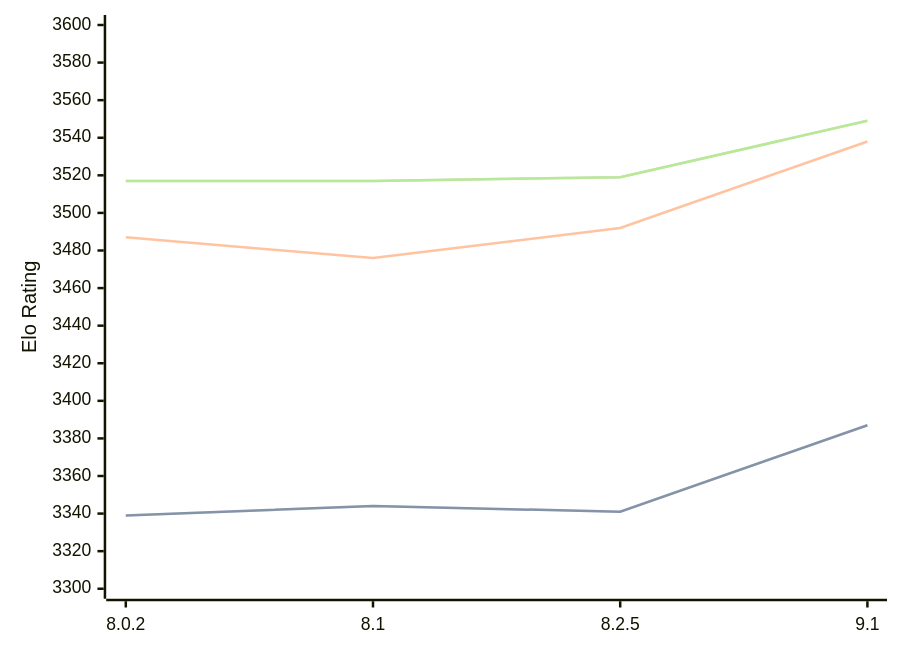
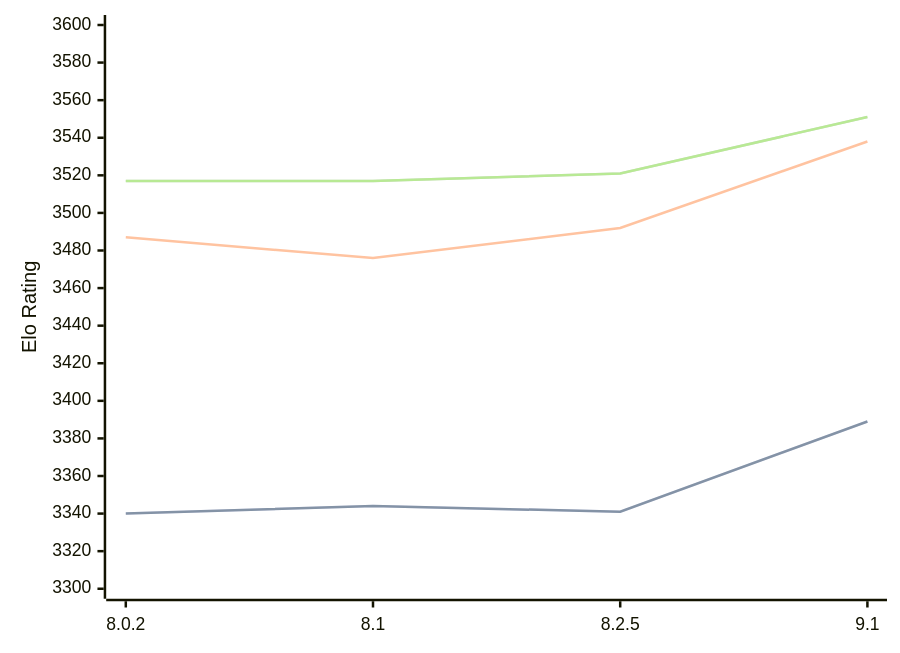
The diagram in engines/Clover.md (computer-chess-index/cci), drawn with Mermaid before and after one commit. The commit also changed other lines of this file, not shown here.

Commit message:
Update CCI Ratings (ELO VLTC) - 2026-09-06

````diff
--- a/engines/Clover.md
+++ b/engines/Clover.md
@@ -35,11 +35,11 @@
 ```mermaid
 %%{init: {"theme":"base","themeVariables":{"seriesColors:['#a3a3a3','#222221','#faa371']}}}%%
 xychart-beta
   x-axis ["8.0.2", "8.1", "8.2.5", "9.1"]
   y-axis "Elo Rating" 3300 --> 3600
-  line "" [3339, 3344, 3341, 3387]
-  line "STC (8.0+0.08s)" [3339, 3344, 3341, 3387]
+  line "" [3340, 3344, 3341, 3389]
+  line "STC (8.0+0.08s)" [3340, 3344, 3341, 3389]
   line "LTC (60.0+0.60s)" [3487, 3476, 3492, 3538]
-  line "" [3517, 3517, 3519, 3549]
-  line "VLTC (2m24s+1.12s)" [3517, 3517, 3519, 3549]
+  line "" [3517, 3517, 3521, 3551]
+  line "VLTC (2m24s+1.12s)" [3517, 3517, 3521, 3551]
 ```
````
